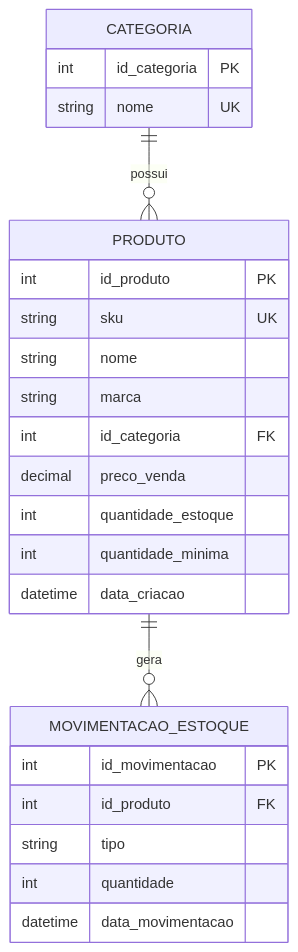
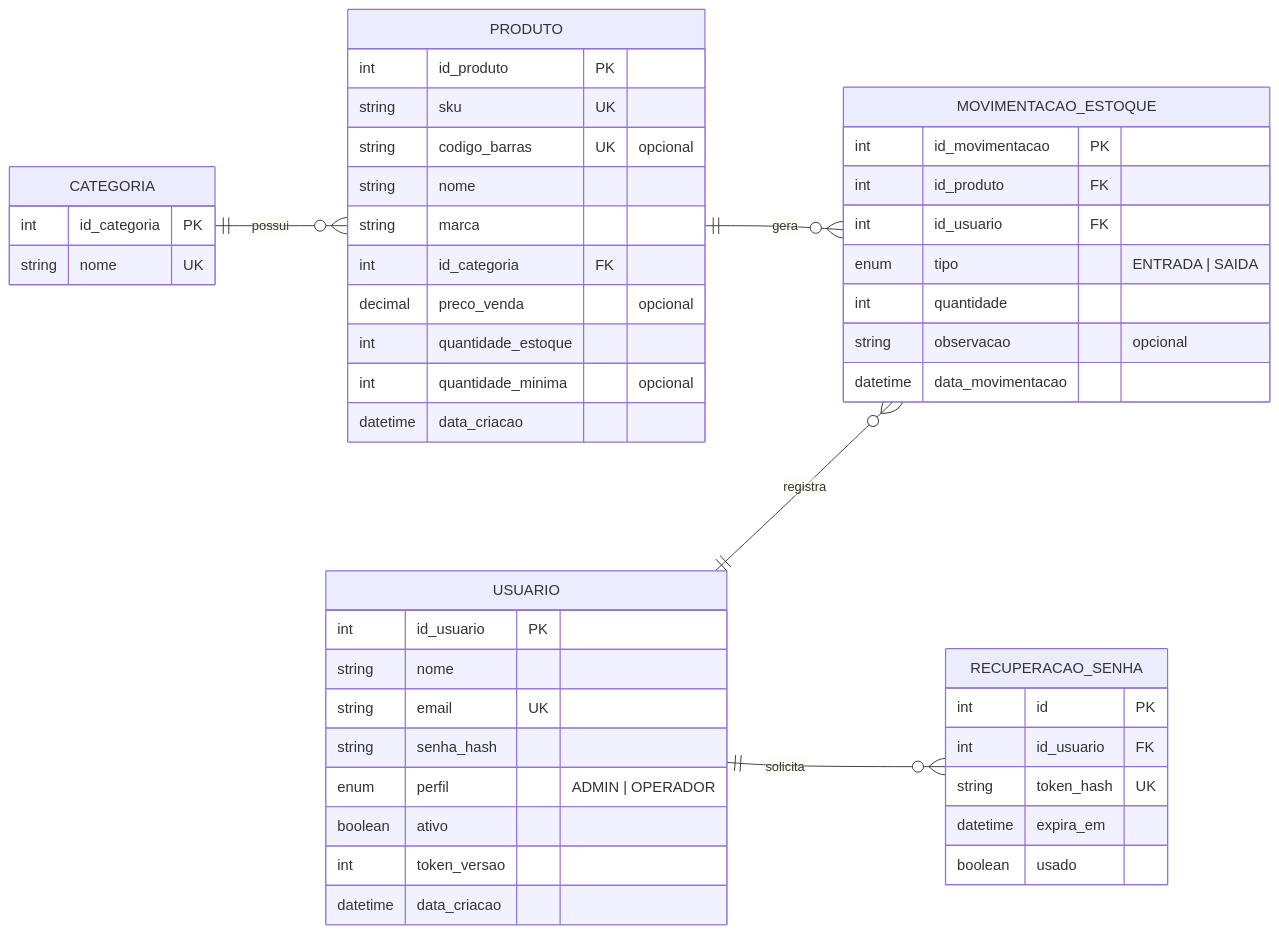
One commit to Salfis/Gerenciamento-de-Estoque changed the diagram in README.md. Above: the diagram before and after it, drawn with Mermaid. The commit also changed other lines of this file, not shown here.

````diff
--- a/README.md
+++ b/README.md
@@ -118,32 +46,56 @@
 ```mermaid
 erDiagram
-    direction TB
+    direction LR
+
+    USUARIO {
+        int id_usuario PK
+        string nome
+        string email UK
+        string senha_hash
+        enum perfil "ADMIN | OPERADOR"
+        boolean ativo
+        int token_versao
+        datetime data_criacao
+    }
+
+    RECUPERACAO_SENHA {
+        int id PK
+        int id_usuario FK
+        string token_hash UK
+        datetime expira_em
+        boolean usado
+    }
 
     CATEGORIA {
         int id_categoria PK
         string nome UK
     }
 
     PRODUTO {
         int id_produto PK
         string sku UK
+        string codigo_barras UK "opcional"
         string nome
         string marca
         int id_categoria FK
-        decimal preco_venda
+        decimal preco_venda "opcional"
         int quantidade_estoque
-        int quantidade_minima
+        int quantidade_minima "opcional"
         datetime data_criacao
     }
 
     MOVIMENTACAO_ESTOQUE {
         int id_movimentacao PK
         int id_produto FK
-        string tipo
+        int id_usuario FK
+        enum tipo "ENTRADA | SAIDA"
         int quantidade
+        string observacao "opcional"
         datetime data_movimentacao
     }
 
     CATEGORIA ||--o{ PRODUTO : possui
     PRODUTO ||--o{ MOVIMENTACAO_ESTOQUE : gera
+    USUARIO ||--o{ MOVIMENTACAO_ESTOQUE : registra
+    USUARIO ||--o{ RECUPERACAO_SENHA : solicita
 ```
````
